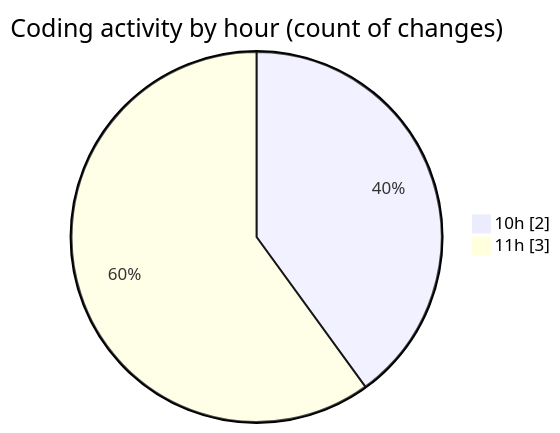
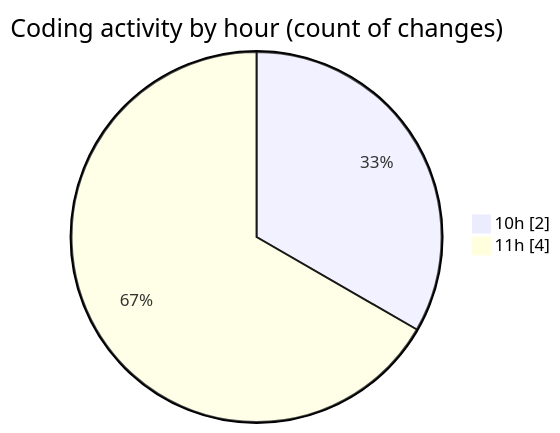
One commit to nxtqubesakshisongat/code-tracking changed the second of 2 diagrams in 2025-07-31/nxtqube_webapp/README.md. Above: the diagram before and after it, drawn with Mermaid. The commit also changed other lines of this file and 1 other file, not shown here.

````diff
--- a/2025-07-31/nxtqube_webapp/README.md
+++ b/2025-07-31/nxtqube_webapp/README.md
@@ -31,6 +33,6 @@
 ```mermaid
 pie showData
 title Coding activity by hour (count of changes)
 "10h" : 2
-"11h" : 3
+"11h" : 4
 ```
````
